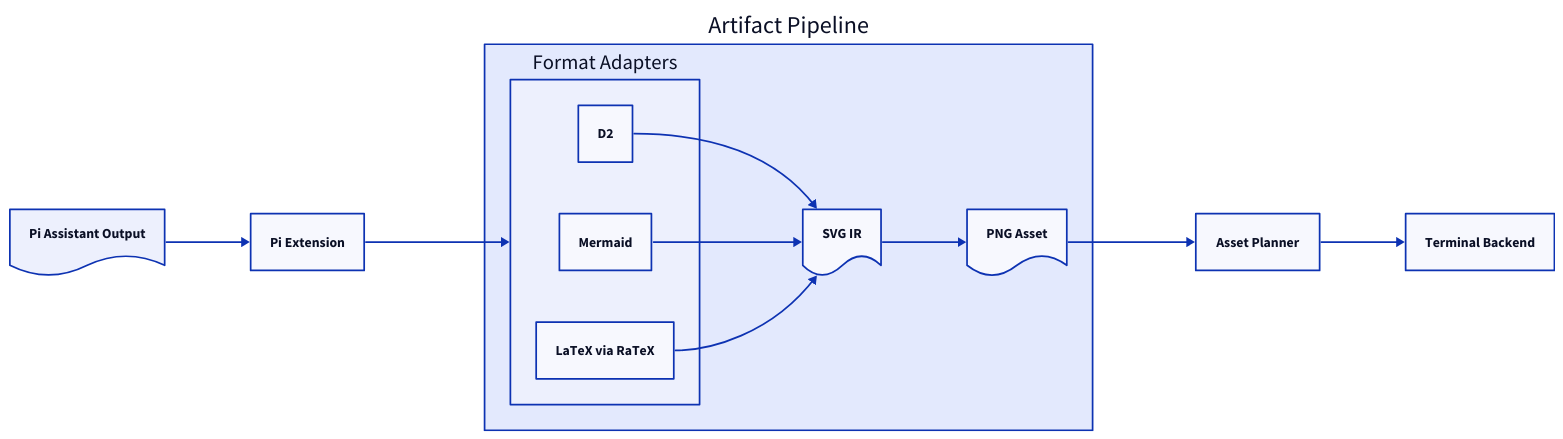
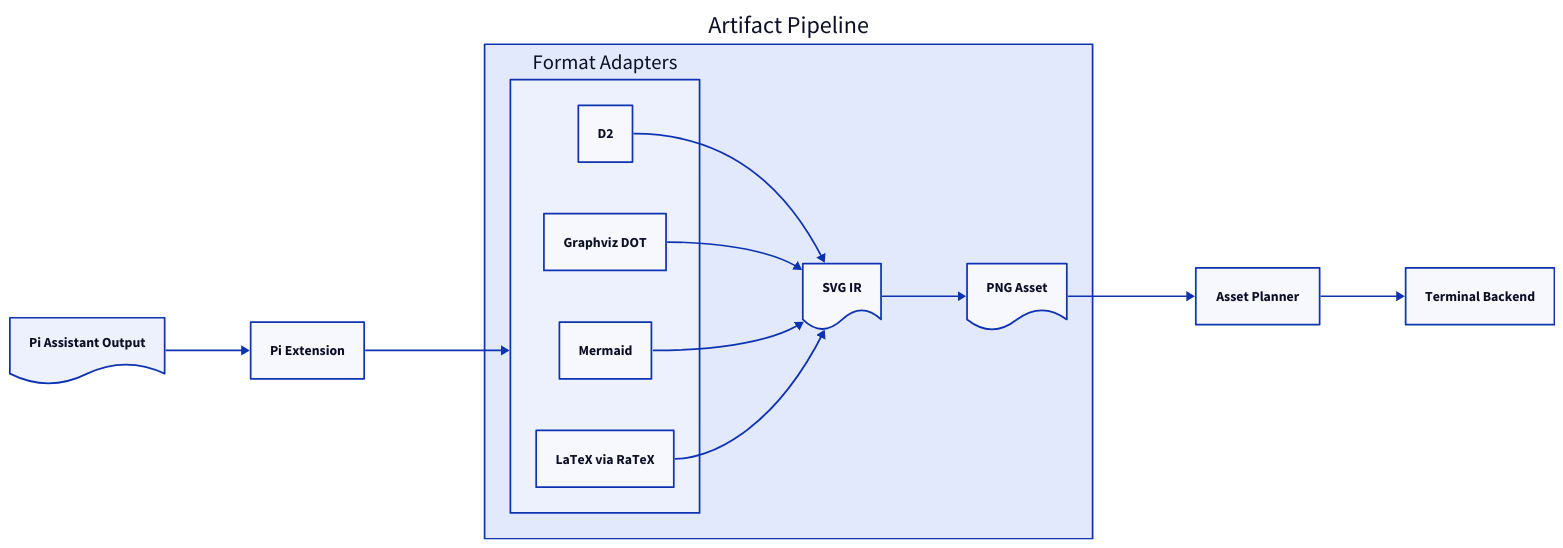
Before and after one commit to yanyaoer/pi-inline-viz: the diagram in README.md, drawn with D2. The commit also changed other lines of this file and 17 other files, not shown here.

Commit message:
feat: add Graphviz DOT rendering

````diff
--- a/README.md
+++ b/README.md
@@ -105,31 +118,33 @@
 ```d2
 direction: right
 
 input: Pi Assistant Output {
   shape: document
 }
 integration: Pi Extension
 pipeline: Artifact Pipeline {
   direction: down
   adapters: Format Adapters {
     d2: D2
+    graphviz: Graphviz DOT
     mermaid: Mermaid
     latex: LaTeX via RaTeX
   }
   svg: SVG IR {
     shape: document
   }
   raster: PNG Asset {
     shape: document
   }
   adapters.d2 -> svg
+  adapters.graphviz -> svg
   adapters.mermaid -> svg
   adapters.latex -> svg
   svg -> raster
 }
 planner: Asset Planner
 terminal: Terminal Backend
 
 input -> integration -> pipeline.adapters
 pipeline.raster -> planner -> terminal
 ```
````
